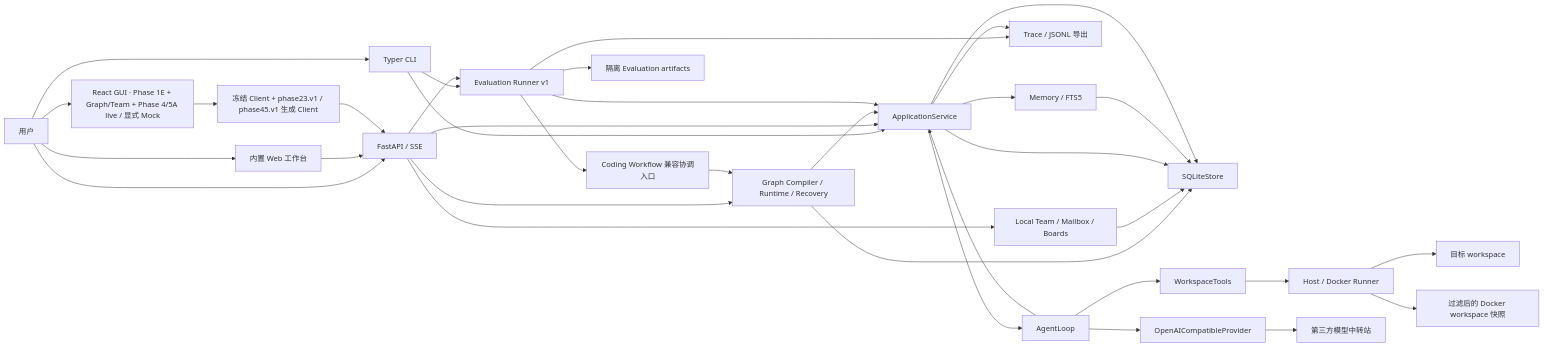
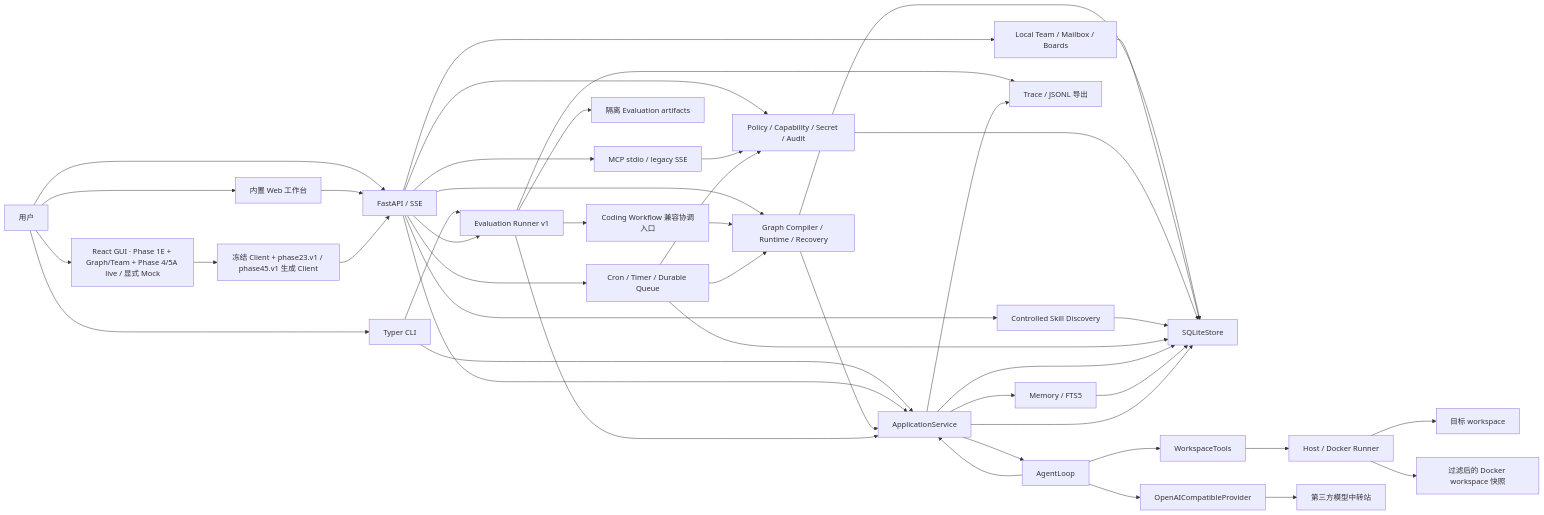
One commit to PinelliaChill/Operant changed the first of 4 diagrams in docs/PROJECT_ARCHITECTURE.md. Above: the diagram before and after it, drawn with Mermaid. The commit also changed other lines of this file and 1 other file, not shown here.

Commit message:
docs: synchronize phase 4 and 5a architecture

````diff
--- a/docs/PROJECT_ARCHITECTURE.md
+++ b/docs/PROJECT_ARCHITECTURE.md
@@ -200,60 +229,74 @@
 ```mermaid
 flowchart LR
     User["用户"]
     CLI["Typer CLI"]
     API["FastAPI / SSE"]
     Web["内置 Web 工作台"]
     GUI["React GUI · Phase 1E + Graph/Team + Phase 4/5A live / 显式 Mock"]
     SDK["冻结 Client + phase23.v1 / phase45.v1 生成 Client"]
     Graph["Graph Compiler / Runtime / Recovery"]
     Team["Local Team / Mailbox / Boards"]
+    Security["Policy / Capability / Secret / Audit"]
+    Skills["Controlled Skill Discovery"]
+    MCP["MCP stdio / legacy SSE"]
+    Scheduler["Cron / Timer / Durable Queue"]
     Workflow["Coding Workflow 兼容协调入口"]
     Evaluation["Evaluation Runner v1"]
     Service["ApplicationService"]
     Store["SQLiteStore"]
     Trace["Trace / JSONL 导出"]
     Memory["Memory / FTS5"]
     Loop["AgentLoop"]
     Provider["OpenAICompatibleProvider"]
     Tools["WorkspaceTools"]
     Runner["Host / Docker Runner"]
     Snapshot["过滤后的 Docker workspace 快照"]
     Relay["第三方模型中转站"]
     Workspace["目标 workspace"]
     Artifacts["隔离 Evaluation artifacts"]
 
     User --> CLI
     User --> API
     User --> Web
     User --> GUI
     Web --> API
     GUI --> SDK
     SDK --> API
     API --> Graph
     API --> Team
+    API --> Security
+    API --> Skills
+    API --> MCP
+    API --> Scheduler
     CLI --> Service
     API --> Service
     Workflow --> Graph
     Graph --> Service
     Graph --> Store
     Team --> Store
+    Security --> Store
+    Skills --> Store
+    MCP --> Security
+    Scheduler --> Security
+    Scheduler --> Graph
+    Scheduler --> Store
     CLI --> Evaluation
     API --> Evaluation
     Evaluation --> Service
     Evaluation --> Workflow
     Evaluation --> Trace
     Evaluation --> Artifacts
     Service --> Store
     Service --> Trace
     Service --> Memory
     Memory --> Store
     Service --> Loop
     Loop --> Provider
     Provider --> Relay
     Loop --> Tools
     Tools --> Runner
     Runner --> Workspace
     Runner --> Snapshot
     Loop --> Service
     Service --> Store
 ```
````
